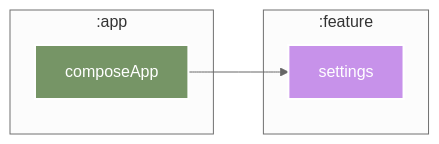
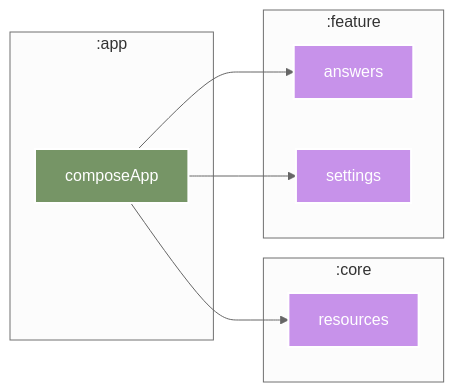
Before and after one commit to yasanglass/magic: the diagram in README.md, drawn with Mermaid. The commit also changed 57 other files, not shown here.

Commit message:
Create `feature:answers` and `core:resources` modules (#14)

````diff
--- a/README.md
+++ b/README.md
@@ -24,25 +24,33 @@
 ```mermaid
 %%{
   init: {
     'theme': 'neutral'
   }
 }%%
 
 graph LR
   subgraph :app
     :app:composeApp["composeApp"]
   end
+  subgraph :core
+    :core:resources["resources"]
+  end
   subgraph :feature
+    :feature:answers["answers"]
     :feature:settings["settings"]
   end
 
+  :app:composeApp --> :core:resources
+  :app:composeApp --> :feature:answers
   :app:composeApp --> :feature:settings
 
 classDef android-application fill:#2C4162,stroke:#fff,stroke-width:2px,color:#fff;
 classDef kotlin-multiplatform fill:#C792EA,stroke:#fff,stroke-width:2px,color:#fff;
 class :app:composeApp android-application
+class :core:resources kotlin-multiplatform
+class :feature:answers kotlin-multiplatform
 class :feature:settings kotlin-multiplatform
 
 classDef focus fill:#769566,stroke:#fff,stroke-width:2px,color:#fff;
 class :app:composeApp focus
 ```
````
